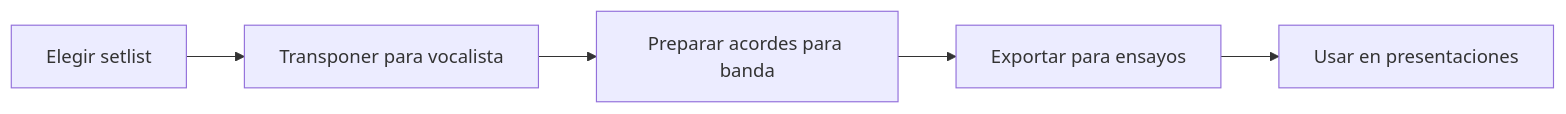
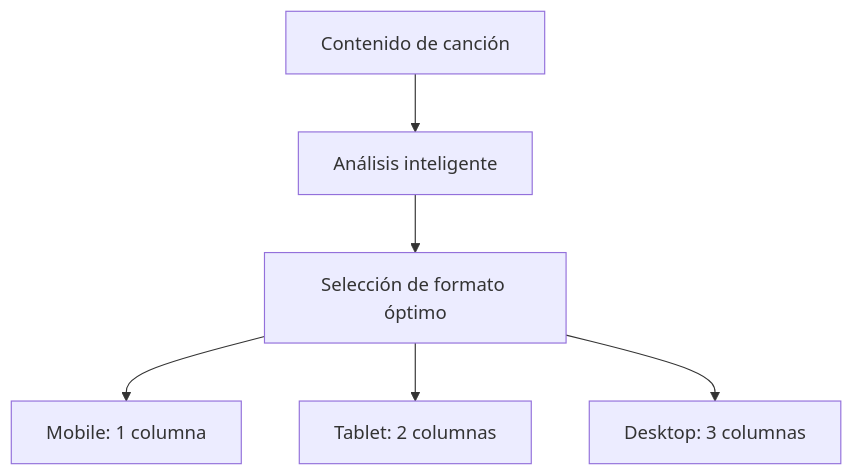
Before and after one commit to alejandrobavaro/formateo-de-chords: the fourth of 4 diagrams in README.md, drawn with Mermaid. The commit also changed other lines of this file and 41 other files, not shown here.

````diff
--- a/README.md
+++ b/README.md
@@ -262,7 +198,8 @@
 ```mermaid
-graph LR
-    A[Elegir setlist] --> B[Transponer para vocalista];
-    B --> C[Preparar acordes para banda];
-    C --> D[Exportar para ensayos];
-    D --> E[Usar en presentaciones];
+graph TB
+    A[Contenido de canción] --> B[Análisis inteligente]
+    B --> C[Selección de formato óptimo]
+    C --> D[Mobile: 1 columna]
+    C --> E[Tablet: 2 columnas]
+    C --> F[Desktop: 3 columnas]
 ```
````
